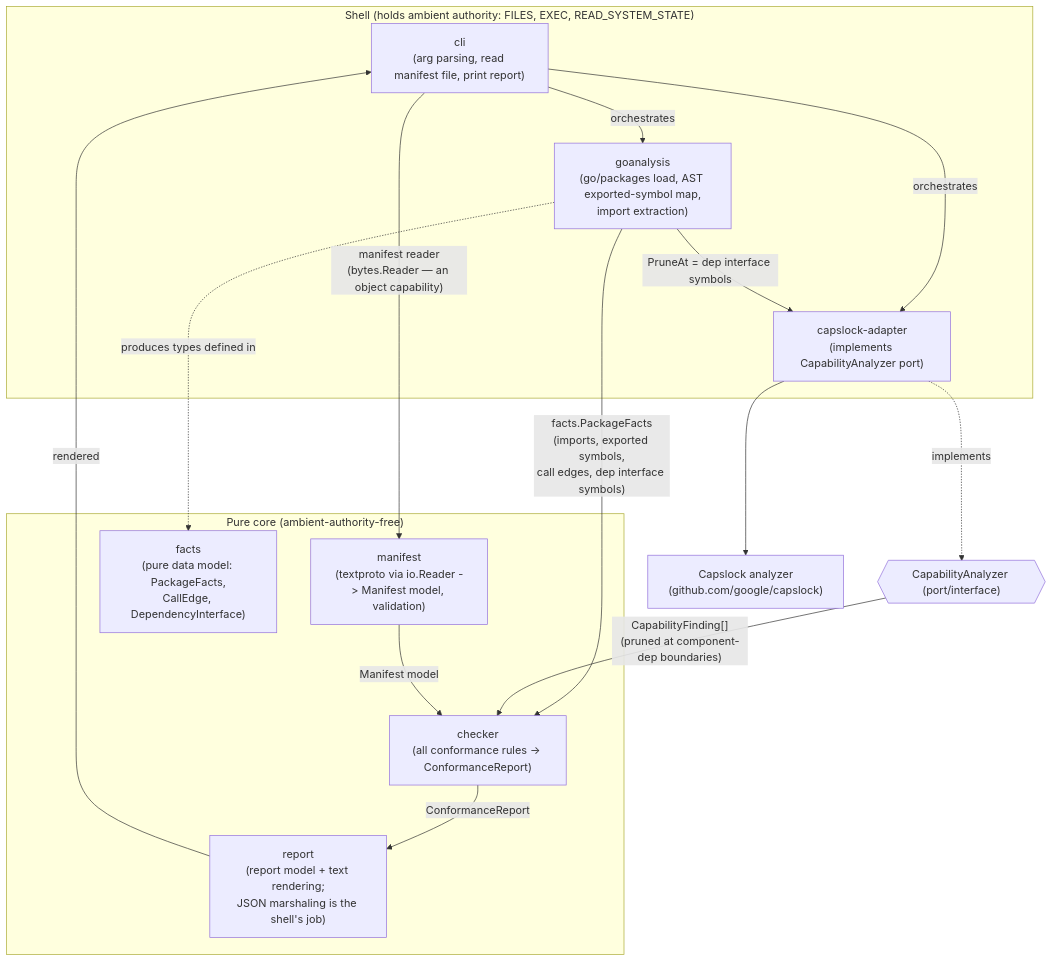
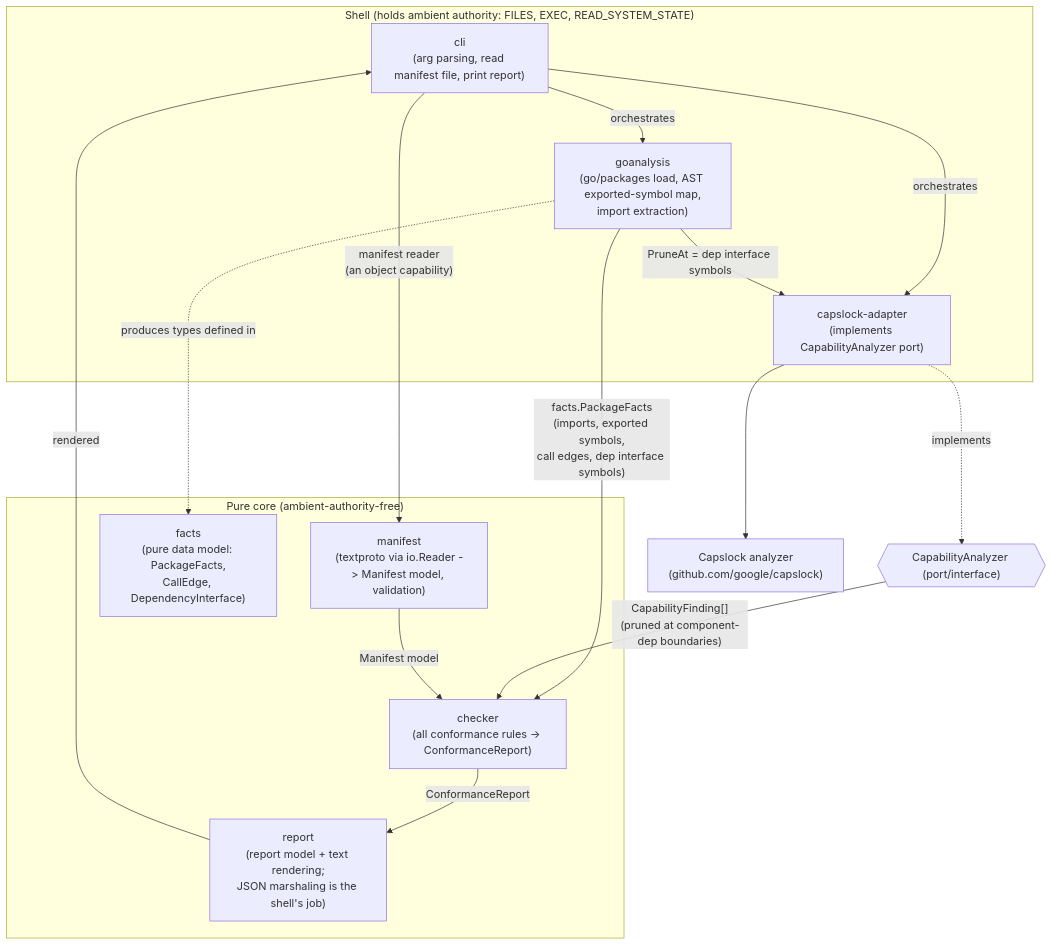
Before and after one commit to ono-sendai-labs/architectural-contracts: the first of 2 diagrams in .agents/planning/2026-07-06-arch-contracts-go-mvp/design/detailed-design.md, drawn with Mermaid. The commit also changed other lines of this file and 23 other files, not shown here.

````diff
--- a/.agents/planning/2026-07-06-arch-contracts-go-mvp/design/detailed-design.md
+++ b/.agents/planning/2026-07-06-arch-contracts-go-mvp/design/detailed-design.md
@@ -208,30 +223,30 @@
 ```mermaid
 flowchart TD
     subgraph shell["Shell (holds ambient authority: FILES, EXEC, READ_SYSTEM_STATE)"]
         CLI["cli\n(arg parsing, read manifest file, print report)"]
         LOAD["goanalysis\n(go/packages load, AST exported-symbol map,\nimport extraction)"]
         CAPADAPT["capslock-adapter\n(implements CapabilityAnalyzer port)"]
     end
     subgraph core["Pure core (ambient-authority-free)"]
         MAN["manifest\n(textproto via io.Reader -> Manifest model, validation)"]
         FACTS["facts\n(pure data model: PackageFacts,\nCallEdge, DependencyInterface)"]
         CHK["checker\n(all conformance rules -> ConformanceReport)"]
         REP["report\n(report model + text rendering;\nJSON marshaling is the shell's job)"]
     end
     PORT{{"CapabilityAnalyzer (port/interface)"}}
 
-    CLI -->|"manifest reader\n(bytes.Reader — an object capability)"| MAN
+    CLI -->|"manifest reader\n(an object capability)"| MAN
     CLI -->|orchestrates| LOAD
     CLI -->|orchestrates| CAPADAPT
     LOAD -.produces types defined in.-> FACTS
     LOAD -->|"facts.PackageFacts\n(imports, exported symbols,\ncall edges, dep interface symbols)"| CHK
     LOAD -->|"PruneAt = dep interface symbols"| CAPADAPT
     CAPADAPT -.implements.-> PORT
     PORT -->|"CapabilityFinding[]\n(pruned at component-dep boundaries)"| CHK
     MAN -->|Manifest model| CHK
     CHK -->|ConformanceReport| REP
     REP -->|rendered| CLI
 
     capslock["Capslock analyzer\n(github.com/google/capslock)"]
     CAPADAPT --> capslock
 ```
````
